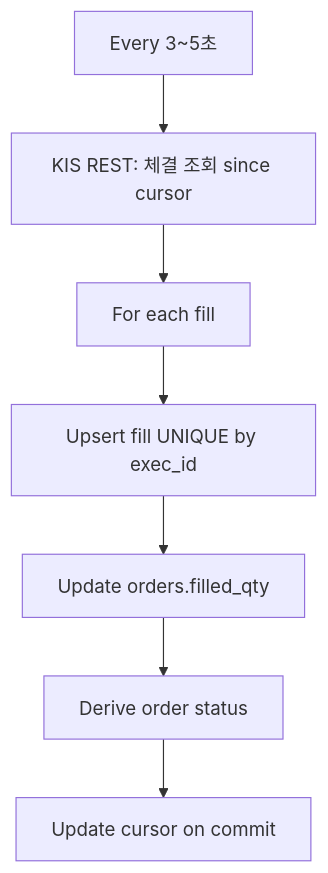
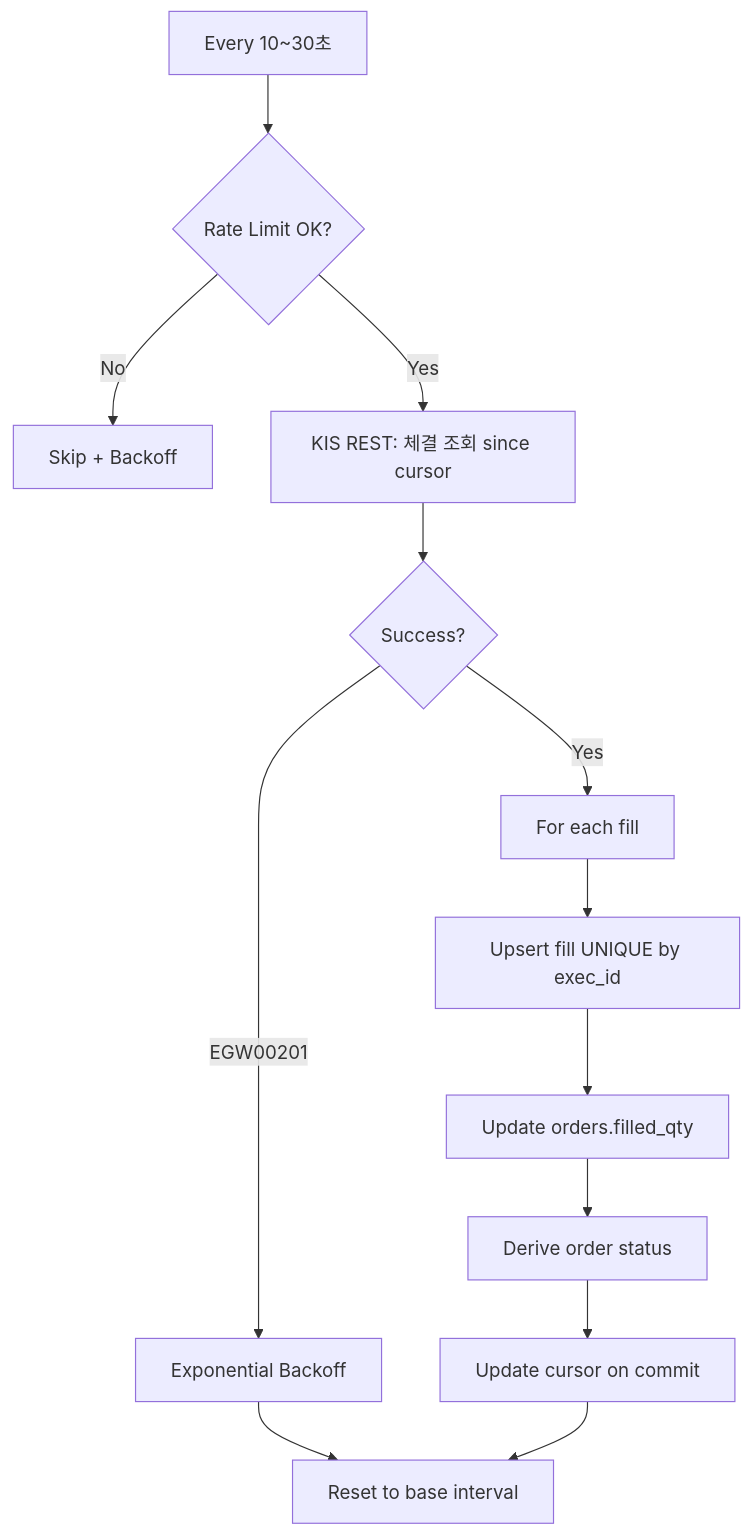
The seventh of 10 diagrams in docs/modules/execution-service.md (joungwonlim/aegis-v14), drawn with Mermaid before and after one commit. The commit also changed other lines of this file and 3 other files, not shown here.

First line of the commit message:
fix(execution,kis): Fills sync rate limit 및 WS 재연결 안정화

````diff
--- a/docs/modules/execution-service.md
+++ b/docs/modules/execution-service.md
@@ -534,9 +534,15 @@
 ```mermaid
 flowchart TD
-    A[Every 3~5초] --> B[KIS REST: 체결 조회 since cursor]
-    B --> C[For each fill]
-    C --> D[Upsert fill UNIQUE by exec_id]
-    D --> E[Update orders.filled_qty]
-    E --> F[Derive order status]
-    F --> G[Update cursor on commit]
+    A[Every 10~30초] --> B{Rate Limit OK?}
+    B -->|No| C[Skip + Backoff]
+    B -->|Yes| D[KIS REST: 체결 조회 since cursor]
+    D --> E{Success?}
+    E -->|EGW00201| F[Exponential Backoff]
+    E -->|Yes| G[For each fill]
+    F --> H[Reset to base interval]
+    G --> I[Upsert fill UNIQUE by exec_id]
+    I --> J[Update orders.filled_qty]
+    J --> K[Derive order status]
+    K --> L[Update cursor on commit]
+    L --> H
 ```
````
